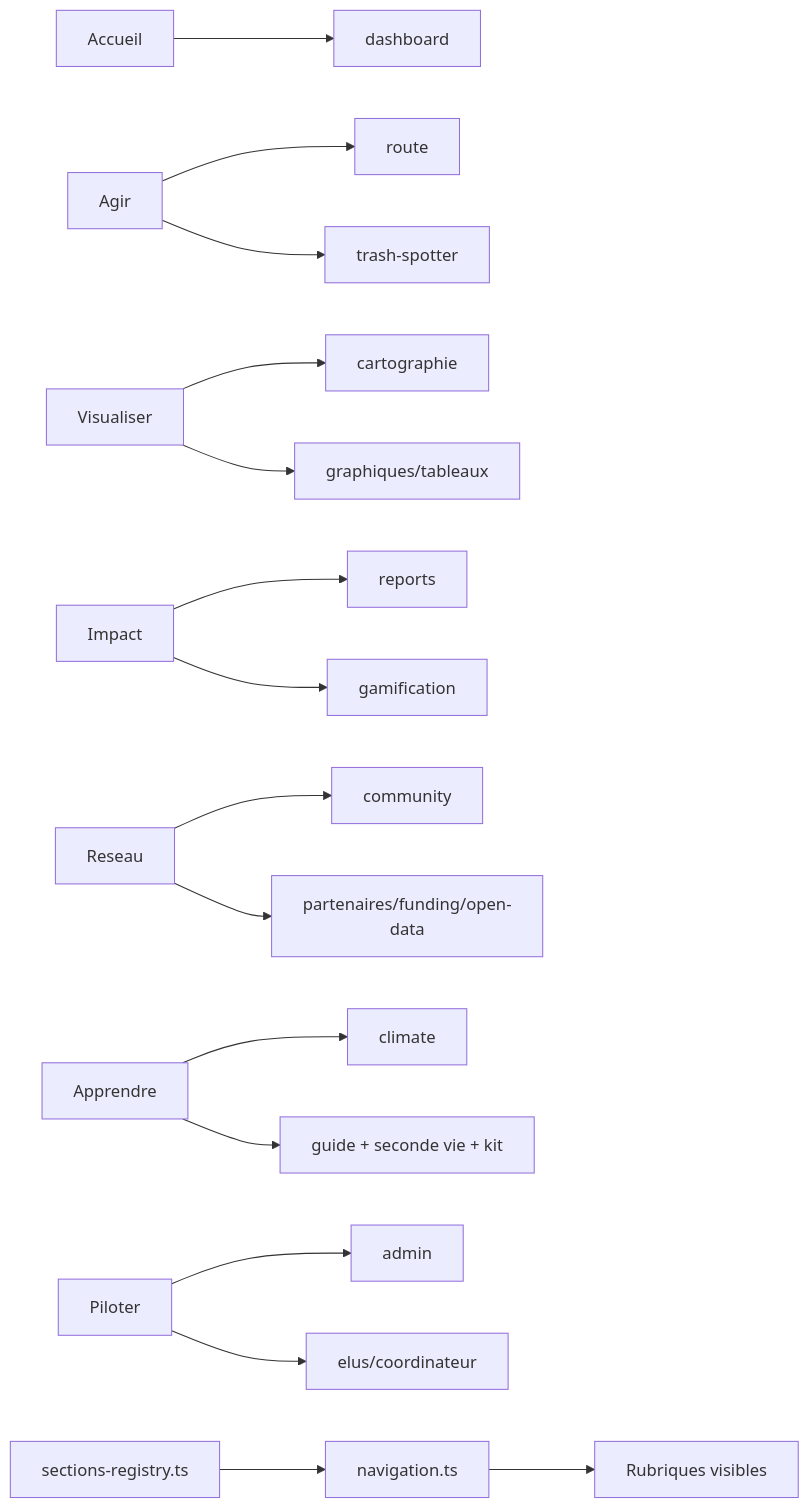
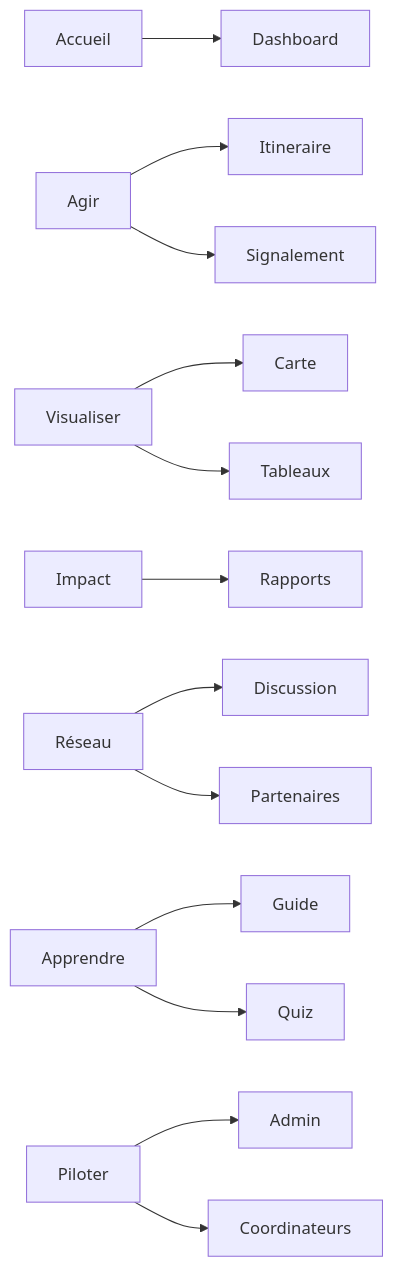
One commit to maxd4/CleanmyMap changed the diagram in documentation/product/matrice-rubriques.md. Above: the diagram before and after it, drawn with Mermaid. The commit also changed other lines of this file and 182 other files, not shown here.

````diff
--- a/documentation/product/matrice-rubriques.md
+++ b/documentation/product/matrice-rubriques.md
@@ -4,18 +5,15 @@
 ```mermaid
 flowchart LR
-  ACC[Accueil] --> DASH[dashboard]
-  AGIR[Agir] --> ITI[route]
-  AGIR --> SPOT[trash-spotter]
-  VISU[Visualiser] --> MAP[cartographie]
-  VISU --> TAB[graphiques/tableaux]
-  IMP[Impact] --> REP[reports]
-  IMP --> CLA[gamification]
-  RES[Reseau] --> DISC[community]
-  RES --> PART[partenaires/funding/open-data]
-  APP[Apprendre] --> CLIM[climate]
-  APP --> GUIDE[guide + seconde vie + kit]
-  PIL[Piloter] --> ADM[admin]
-  PIL --> ELU[elus/coordinateur]
-  REG[sections-registry.ts] --> NAV[navigation.ts]
-  NAV --> UI[Rubriques visibles]
+  ACC["Accueil"] --> DASH["Dashboard"]
+  AGIR["Agir"] --> ITI["Itineraire"]
+  AGIR --> SPOT["Signalement"]
+  VISU["Visualiser"] --> MAP["Carte"]
+  VISU --> TAB["Tableaux"]
+  IMP["Impact"] --> REP["Rapports"]
+  RES["Réseau"] --> DISC["Discussion"]
+  RES --> PART["Partenaires"]
+  APP["Apprendre"] --> GUIDE["Guide"]
+  APP --> QUIZ["Quiz"]
+  PIL["Piloter"] --> ADM["Admin"]
+  PIL --> ELU["Coordinateurs"]
 ```
````
